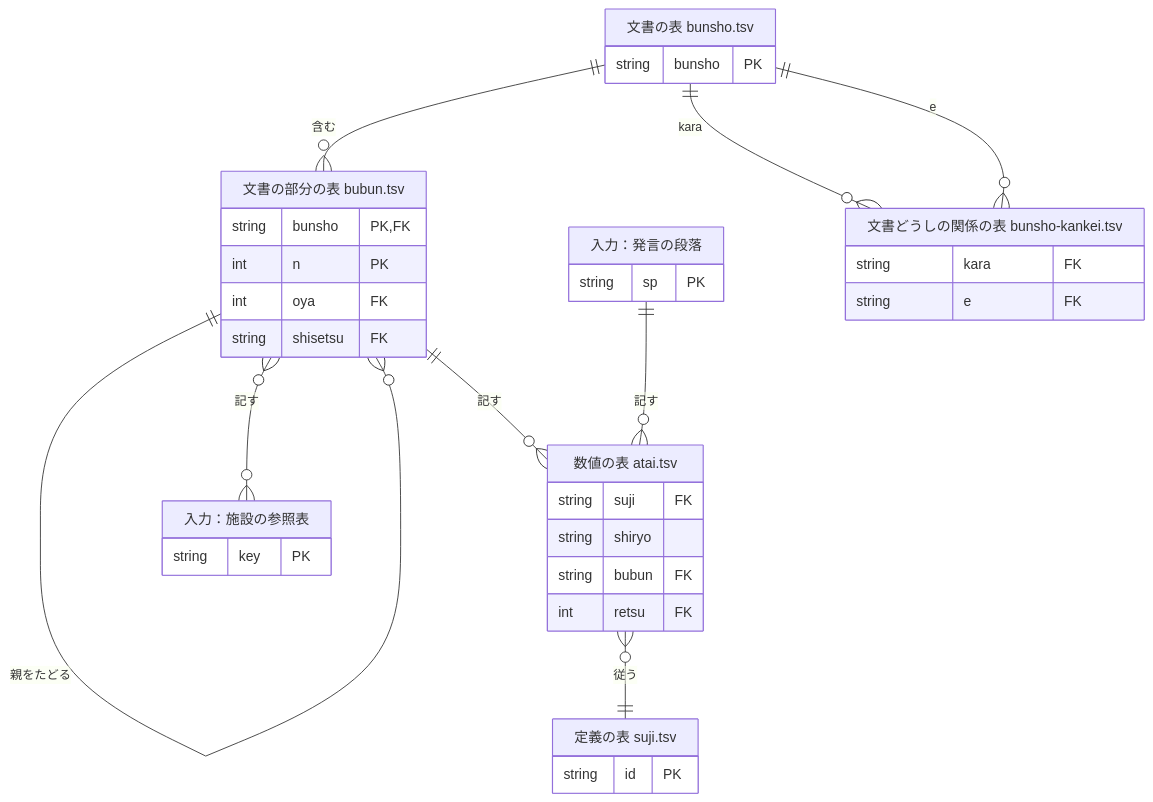
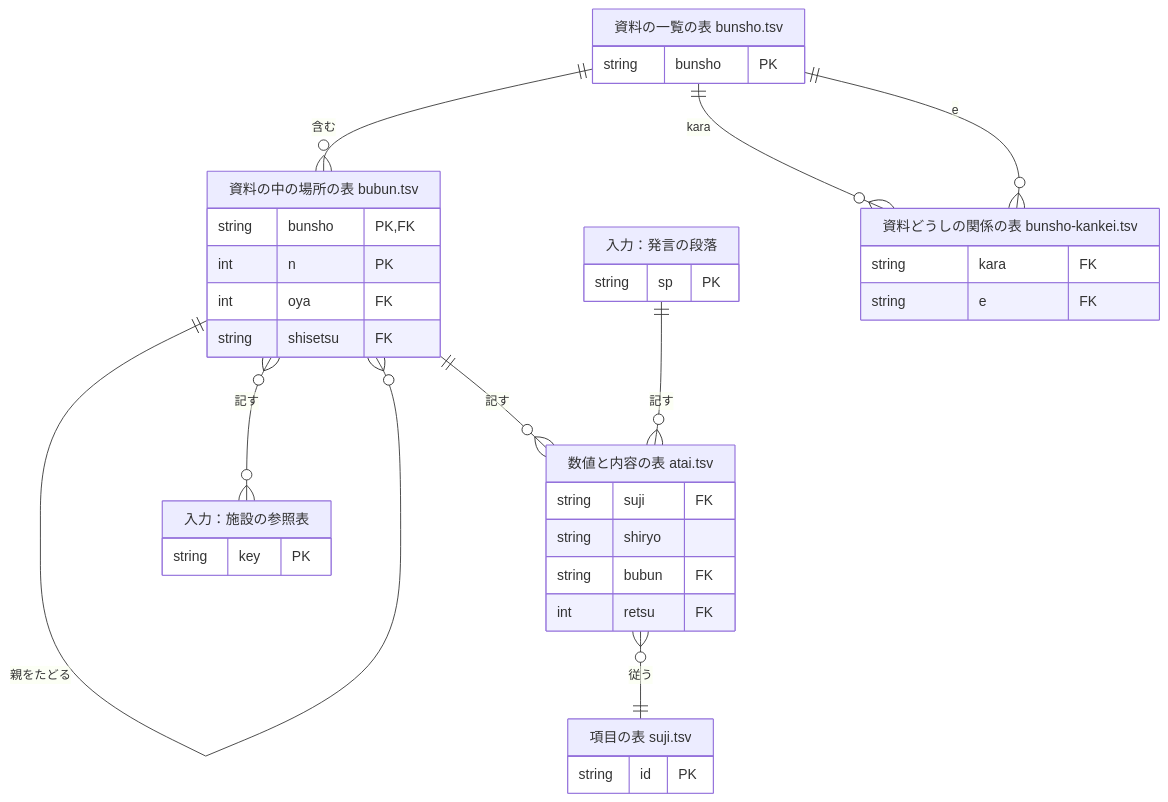
The first of 2 diagrams in SCHEMA.md (kken78/hino-context), drawn with Mermaid before and after one commit. The commit also changed other lines of this file and 8 other files, not shown here.

````diff
--- a/SCHEMA.md
+++ b/SCHEMA.md
@@ -222,39 +222,39 @@
 ```mermaid
 erDiagram
   BUNSHO ||--o{ BUBUN : "含む"
   BUBUN ||--o{ BUBUN : "親をたどる"
   BUBUN ||--o{ ATAI : "記す"
   DANRAKU ||--o{ ATAI : "記す"
   ATAI }o--|| SUJI : "従う"
   BUBUN }o--o{ SHISETSU : "記す"
   BUNSHO ||--o{ KANKEI : "kara"
   BUNSHO ||--o{ KANKEI : "e"
-  BUNSHO["文書の表 bunsho.tsv"] {
+  BUNSHO["資料の一覧の表 bunsho.tsv"] {
     string bunsho PK
   }
-  BUBUN["文書の部分の表 bubun.tsv"] {
+  BUBUN["資料の中の場所の表 bubun.tsv"] {
     string bunsho PK, FK
     int n PK
     int oya FK
     string shisetsu FK
   }
-  KANKEI["文書どうしの関係の表 bunsho-kankei.tsv"] {
+  KANKEI["資料どうしの関係の表 bunsho-kankei.tsv"] {
     string kara FK
     string e FK
   }
   SHISETSU["入力：施設の参照表"] {
     string key PK
   }
-  ATAI["数値の表 atai.tsv"] {
+  ATAI["数値と内容の表 atai.tsv"] {
     string suji FK
     string shiryo
     string bubun FK
     int retsu FK
   }
-  SUJI["定義の表 suji.tsv"] {
+  SUJI["項目の表 suji.tsv"] {
     string id PK
   }
   DANRAKU["入力：発言の段落"] {
     string sp PK
   }
 ```
````
